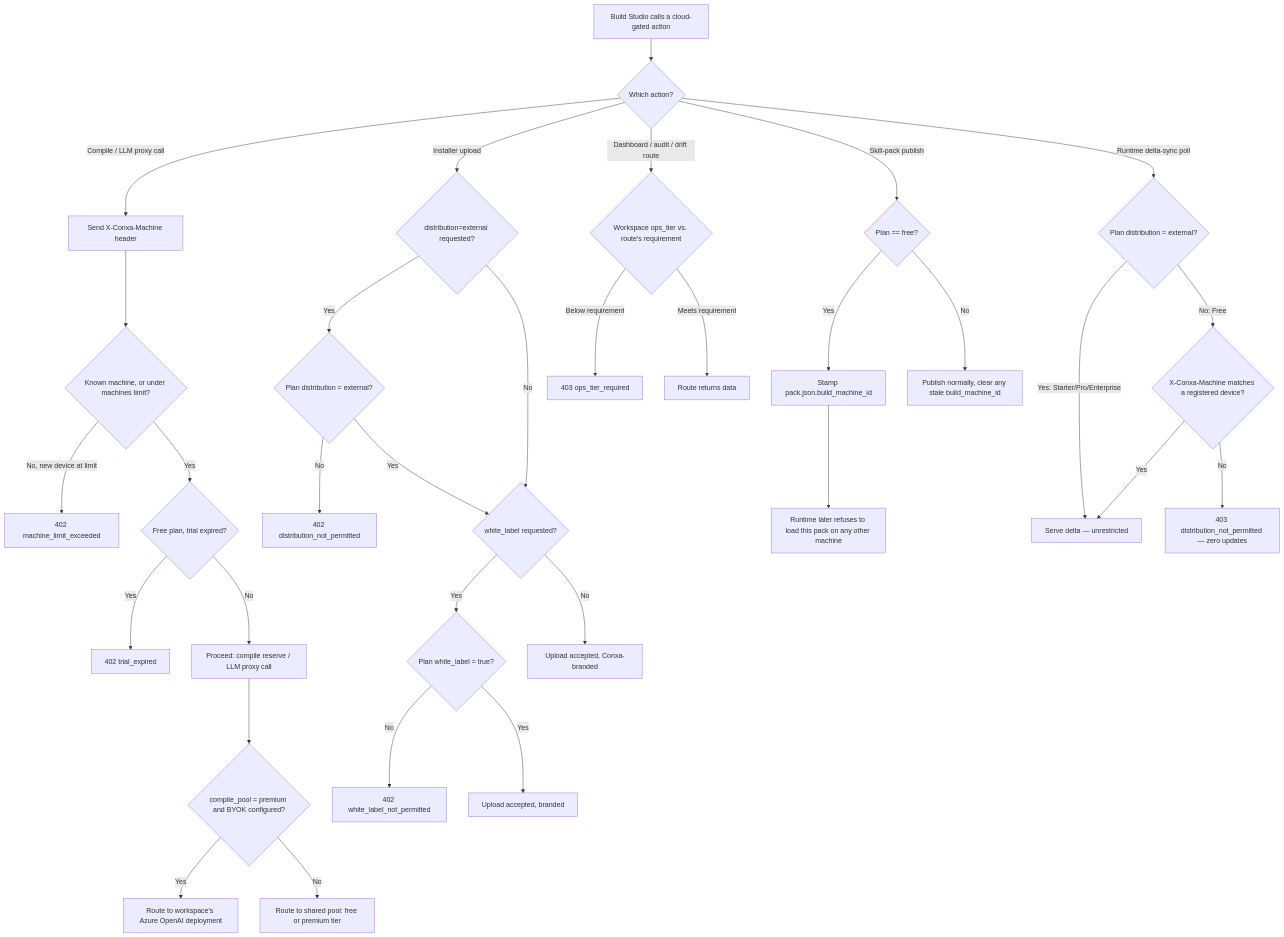
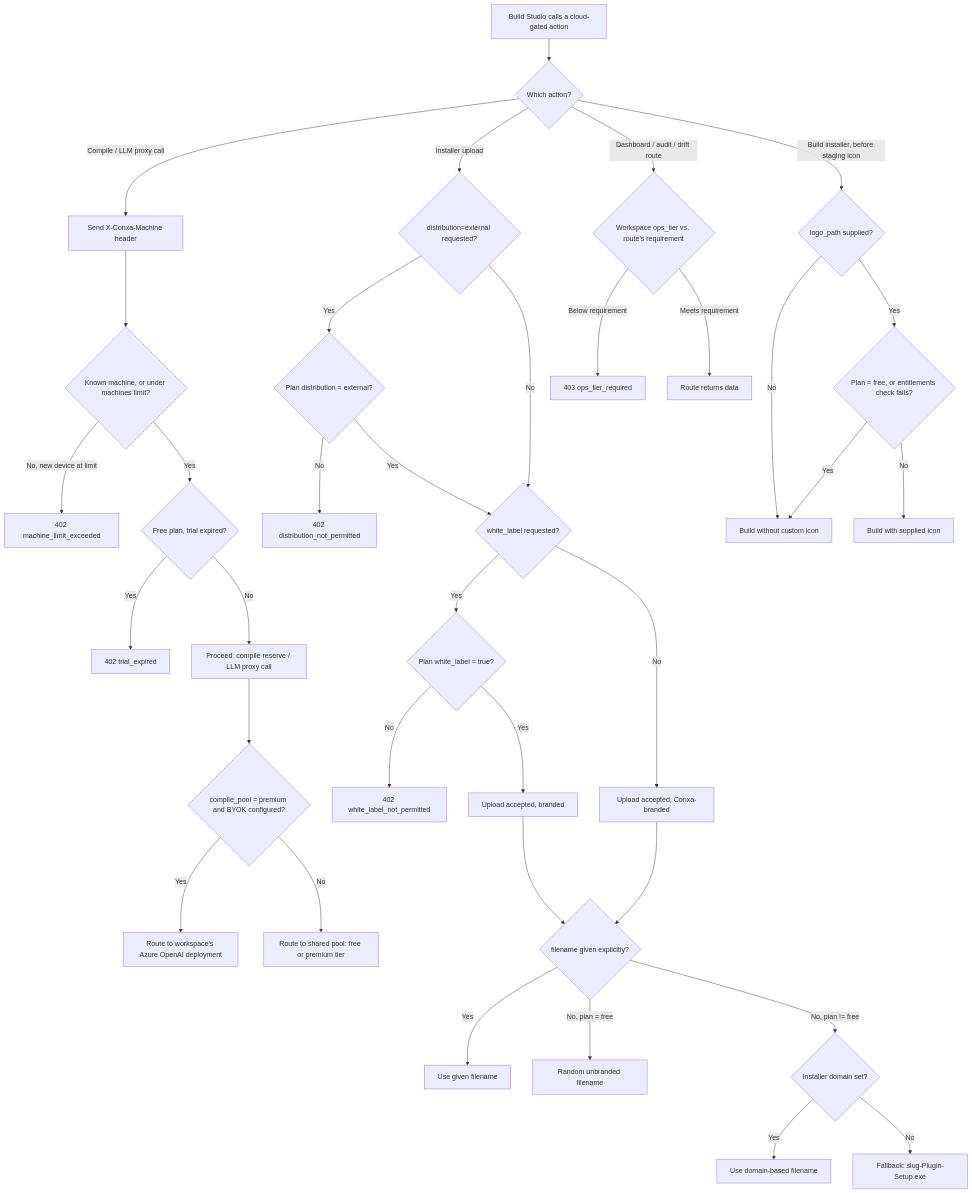
Before and after one commit to Cannonbold2412/CONXA: diagram 18 of 18 in docs/App-Flow.md, drawn with Mermaid. The commit also changed other lines of this file and 25 other files, not shown here.

First line of the commit message:
feat: Implement plan-aware installer naming and domain management

````diff
--- a/docs/App-Flow.md
+++ b/docs/App-Flow.md
@@ -635,38 +635,40 @@
 ```mermaid
 flowchart TD
     A[Build Studio calls a cloud-gated action] --> B{Which action?}
     B -->|Compile / LLM proxy call| C[Send X-Conxa-Machine header]
     C --> D{Known machine, or under machines limit?}
     D -->|No, new device at limit| E[402 machine_limit_exceeded]
     D -->|Yes| F{Free plan, trial expired?}
     F -->|Yes| G[402 trial_expired]
     F -->|No| H[Proceed: compile reserve / LLM proxy call]
     H --> I{compile_pool = premium and BYOK configured?}
     I -->|Yes| J[Route to workspace's Azure OpenAI deployment]
     I -->|No| K[Route to shared pool: free or premium tier]
 
     B -->|Installer upload| L{distribution=external requested?}
     L -->|Yes| M{Plan distribution = external?}
     M -->|No| N[402 distribution_not_permitted]
     M -->|Yes| O{white_label requested?}
     L -->|No| O
     O -->|Yes| P{Plan white_label = true?}
     P -->|No| Q[402 white_label_not_permitted]
     P -->|Yes| R[Upload accepted, branded]
     O -->|No| S[Upload accepted, Conxa-branded]
+    R --> AE{filename given explicitly?}
+    S --> AE
+    AE -->|Yes| AF[Use given filename]
+    AE -->|No, plan = free| AG[Random unbranded filename]
+    AE -->|No, plan != free| AH{Installer domain set?}
+    AH -->|Yes| AI[Use domain-based filename]
+    AH -->|No| AJ["Fallback: slug-Plugin-Setup.exe"]
 
     B -->|Dashboard / audit / drift route| T{Workspace ops_tier vs. route's requirement}
     T -->|Below requirement| U[403 ops_tier_required]
     T -->|Meets requirement| V[Route returns data]
 
-    B -->|Skill-pack publish| W{Plan == free?}
-    W -->|Yes| X[Stamp pack.json.build_machine_id]
-    W -->|No| Y[Publish normally, clear any stale build_machine_id]
-    X --> Z[Runtime later refuses to load this pack on any other machine]
-
-    B -->|Runtime delta-sync poll| AA{Plan distribution = external?}
-    AA -->|Yes: Starter/Pro/Enterprise| AB[Serve delta — unrestricted]
-    AA -->|No: Free| AC{X-Conxa-Machine matches a registered device?}
-    AC -->|Yes| AB
-    AC -->|No| AD[403 distribution_not_permitted — zero updates]
+    B -->|Build installer, before staging icon| AK{logo_path supplied?}
+    AK -->|No| AL[Build without custom icon]
+    AK -->|Yes| AM{Plan = free, or entitlements check fails?}
+    AM -->|Yes| AL
+    AM -->|No| AN[Build with supplied icon]
 ```
````
